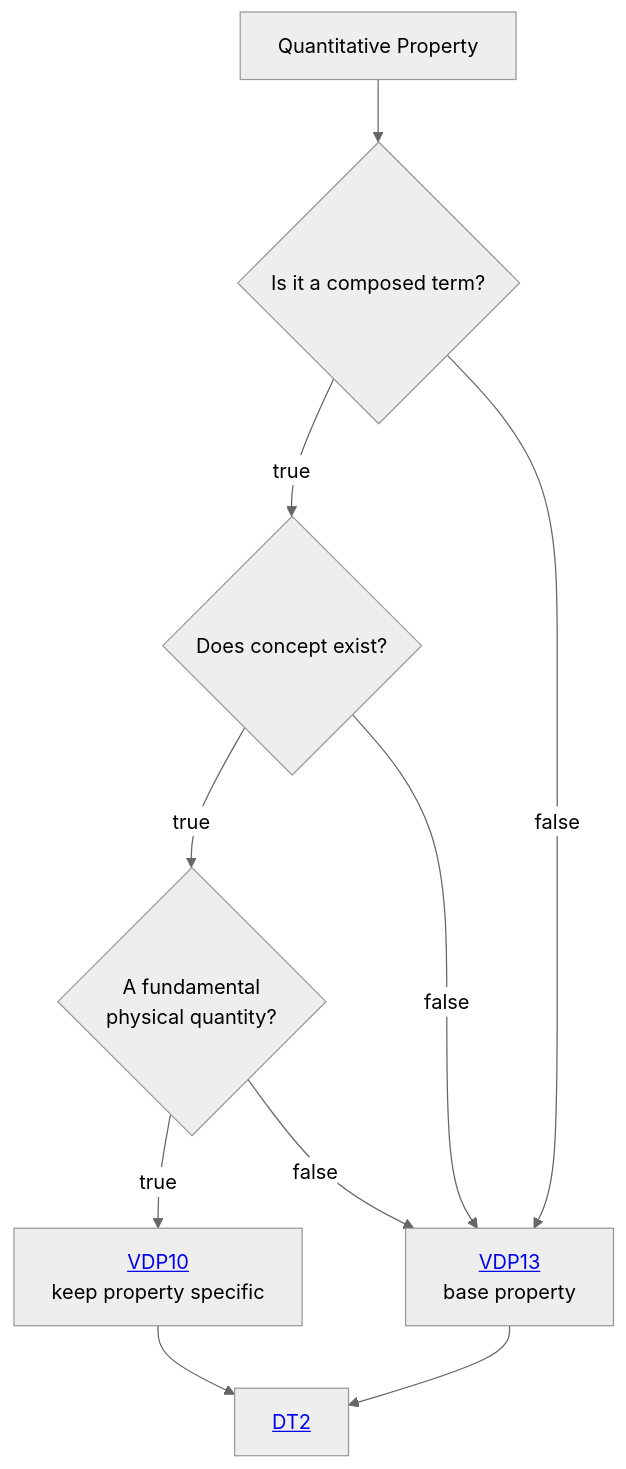
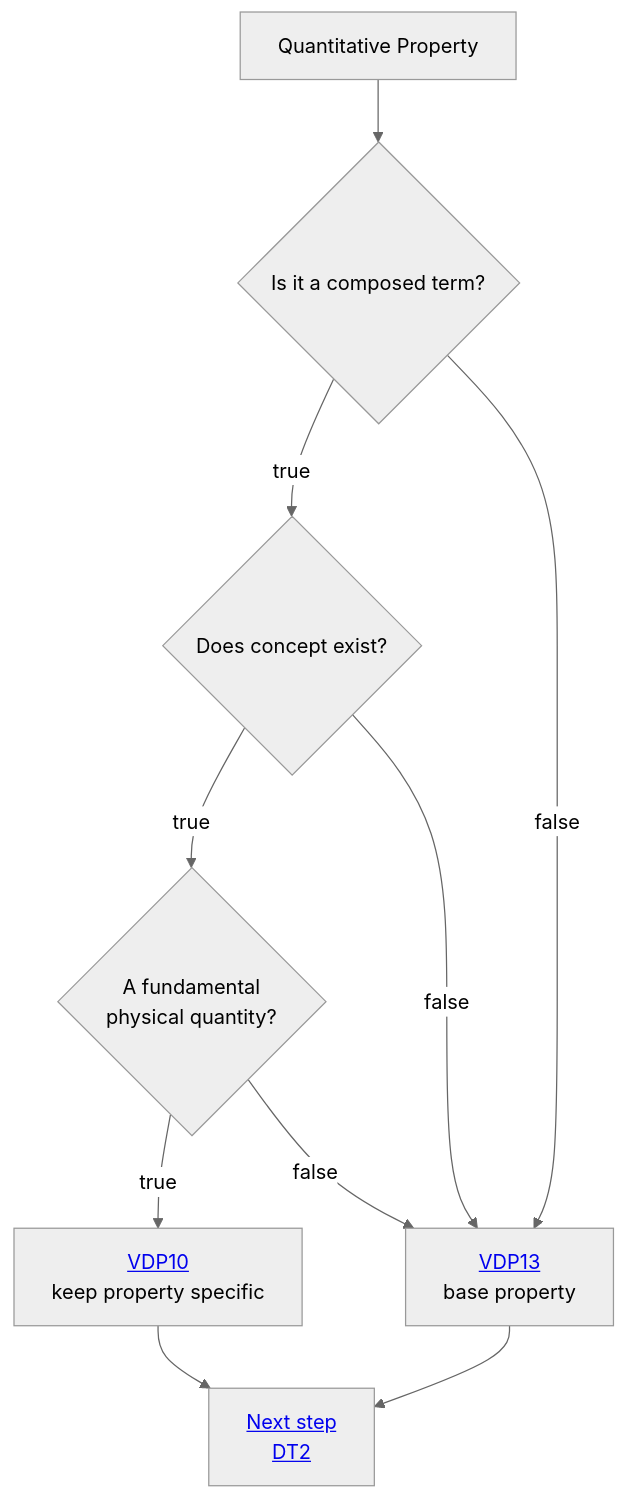
Before and after one commit to mabablue/I-ADOPT-patterns-playground: the diagram in Decisition_trees/DT1.mmd, drawn with Mermaid (neutral theme).

Commit message:
Update link text for DT2 in decision tree

```diff
--- a/Decisition_trees/DT1.mmd
+++ b/Decisition_trees/DT1.mmd
@@ -1,10 +1,10 @@
 flowchart TD
     A[Quantitative Property] --> B{Is it a composed term?}
     B --> |true|E{Does concept exist?}
     B --> |false|D[<a href='https://github.com/mabablue/I-ADOPT-patterns-playground/blob/main/pattern/VDP13.yaml'>VDP13</a> <br> base property]
     E -->|true|F{A fundamental <br> physical quantity?}
     E --> |false|D
     F --> |true|H[<a href='https://github.com/mabablue/I-ADOPT-patterns-playground/blob/main/pattern/VDP10.yaml'>VDP10</a> <br> keep property specific]
     F --> |false|D
-    H --> I[<a href='https://github.com/mabablue/I-ADOPT-patterns-playground/blob/main/Decisition_trees/DT2.mmd'>DT2</a>] 
+    H --> I[<a href='https://github.com/mabablue/I-ADOPT-patterns-playground/blob/main/Decisition_trees/DT2.mmd'>Next step <br> DT2</a>] 
     D --> I
```
